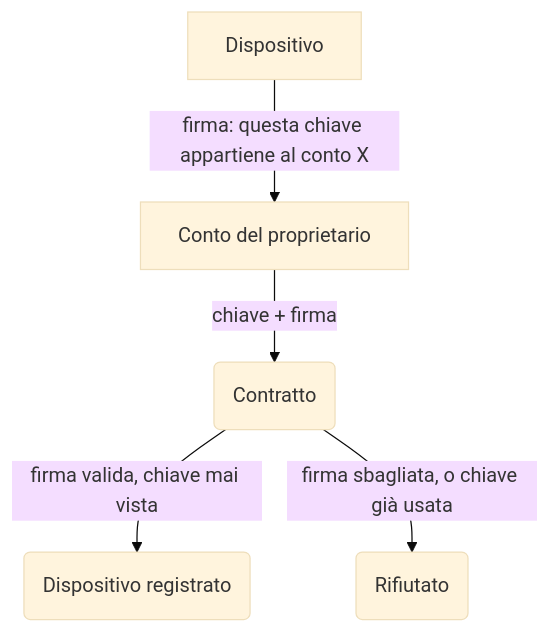
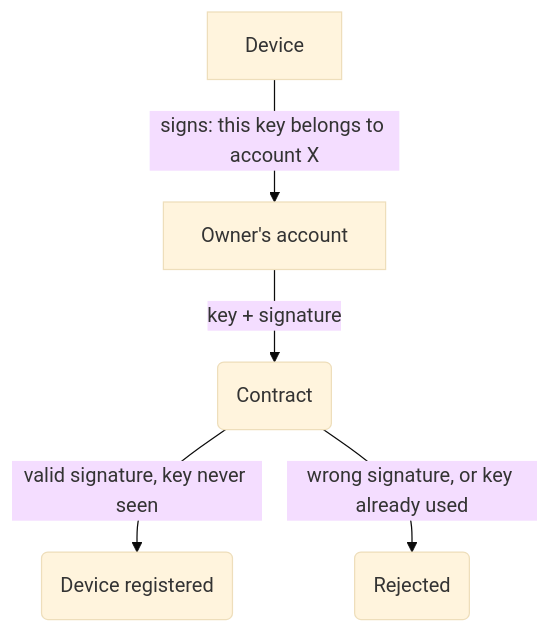
Before and after one commit to VincenzoImp/ixh26-paprika: the first of 3 diagrams in docs/1-how-it-works.md, drawn with Mermaid (base theme). The commit also changed other lines of this file and 34 other files, not shown here.

````diff
--- a/docs/1-how-it-works.md
+++ b/docs/1-how-it-works.md
@@ -50,7 +50,7 @@
 ```mermaid
 flowchart TD
-    Dev[Dispositivo] -->|"firma: questa chiave appartiene al conto X"| Acc[Conto del proprietario]
-    Acc -->|"chiave + firma"| Contract(Contratto)
-    Contract -->|"firma valida, chiave mai vista"| Ok(Dispositivo registrato)
-    Contract -->|"firma sbagliata, o chiave già usata"| No(Rifiutato)
+    Dev[Device] -->|"signs: this key belongs to account X"| Acc[Owner's account]
+    Acc -->|"key + signature"| Contract(Contract)
+    Contract -->|"valid signature, key never seen"| Ok(Device registered)
+    Contract -->|"wrong signature, or key already used"| No(Rejected)
 ```
````
